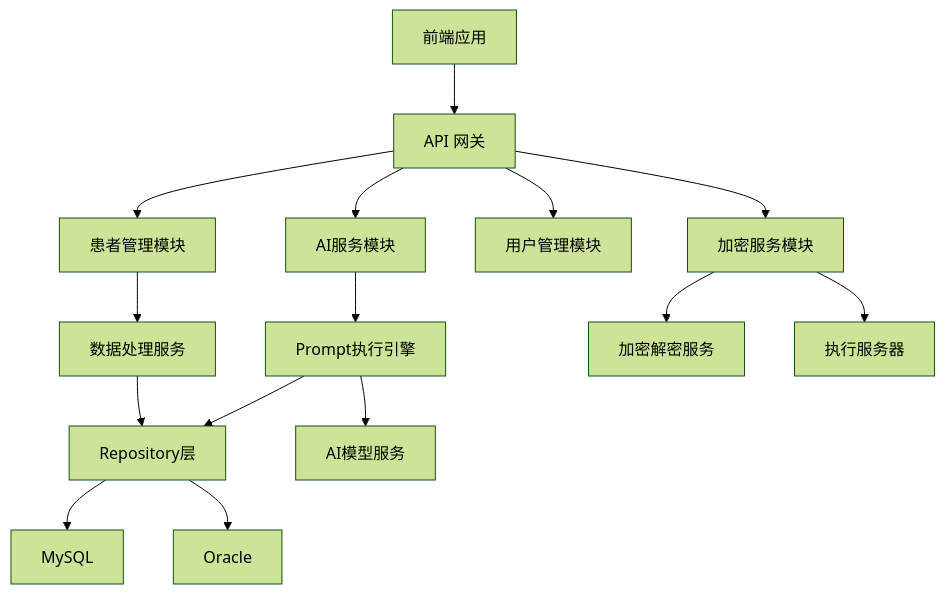
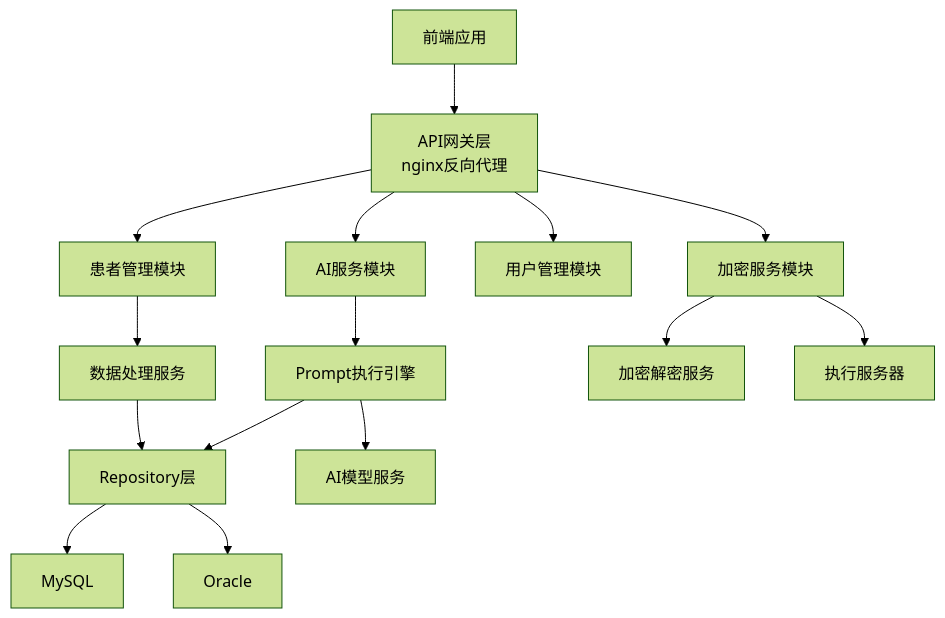
Before and after one commit to liuzh2008/med_ai_assistant_workspace: the second of 11 diagrams in .qoder/repowiki/zh/content/系统架构/系统架构.md, drawn with Mermaid (forest theme). The commit also changed other lines of this file and 4 other files, not shown here.

````diff
--- a/.qoder/repowiki/zh/content/系统架构/系统架构.md
+++ b/.qoder/repowiki/zh/content/系统架构/系统架构.md
@@ -63,17 +85,17 @@
 ```mermaid
 graph TB
-FE["前端应用"] --> GW["API 网关"]
-GW --> AI["AI服务模块"]
+FE["前端应用"] --> GW["API网关层<br/>nginx反向代理"]
+GW --> AC["AI服务模块"]
 GW --> PM["患者管理模块"]
 GW --> UM["用户管理模块"]
 GW --> ENC["加密服务模块"]
-AI --> PSE["Prompt执行引擎"]
+AC --> PSE["Prompt执行引擎"]
 PM --> DS["数据处理服务"]
 ENC --> AES["加密解密服务"]
 PSE --> REPO["Repository层"]
 DS --> REPO
 REPO --> MYSQL["MySQL"]
 REPO --> ORA["Oracle"]
 ENC --> EXEC["执行服务器"]
 PSE --> AIM["AI模型服务"]
 ```
````
